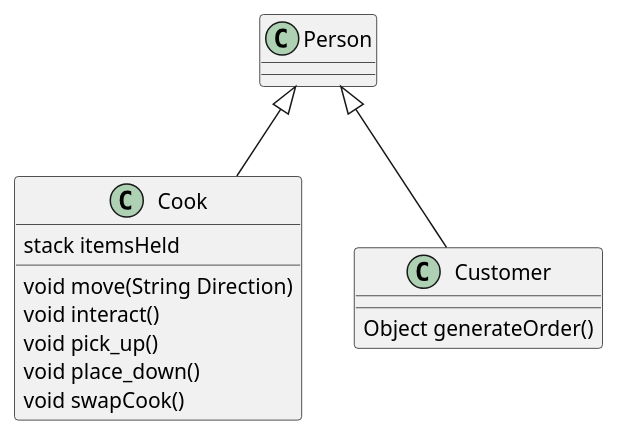
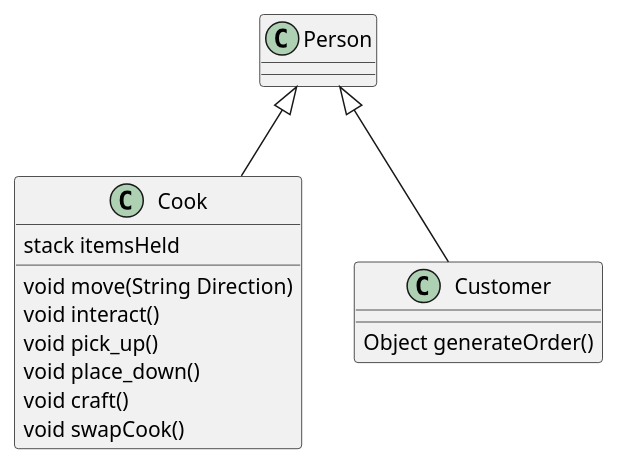
Before and after one commit to Runtime-Terrors-Team-5/UML-Diagrams: the diagram in Architecture Diagrams/Class Diagrams/chefs.puml, drawn with PlantUML. The commit also changed 1 other file, not shown here.

Commit message:
Checked Diagrams & W13 Gantt
Last Gantt before the holidays, architecture diagrams checked over

```diff
--- a/Architecture Diagrams/Class Diagrams/chefs.puml
+++ b/Architecture Diagrams/Class Diagrams/chefs.puml
@@ -1,18 +1,19 @@
 @startuml 
 class Person{
 
 }
 class Cook{
     stack itemsHeld
     void move(String Direction)
     void interact()
     void pick_up()
     void place_down()
+    void craft()
     void swapCook()
 }
 class Customer{
     Object generateOrder()
 }
 Person <|-- Cook
 Person <|-- Customer
 @enduml
```
